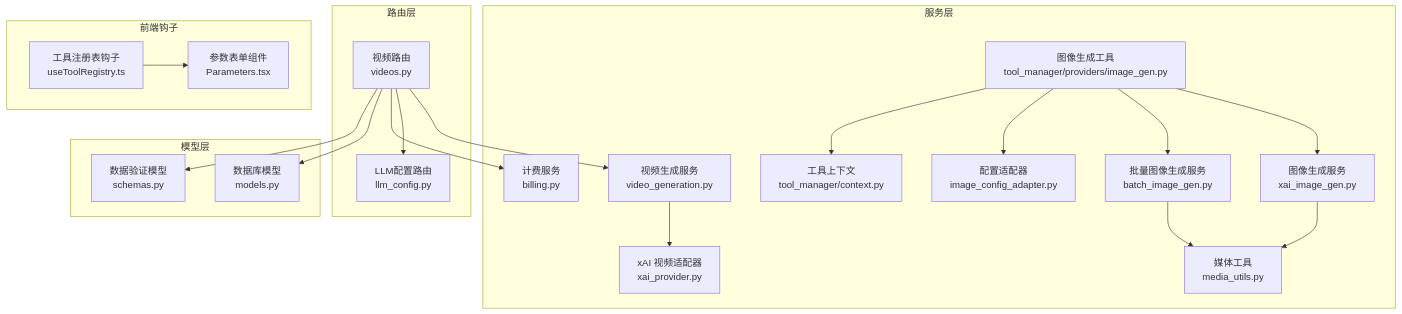
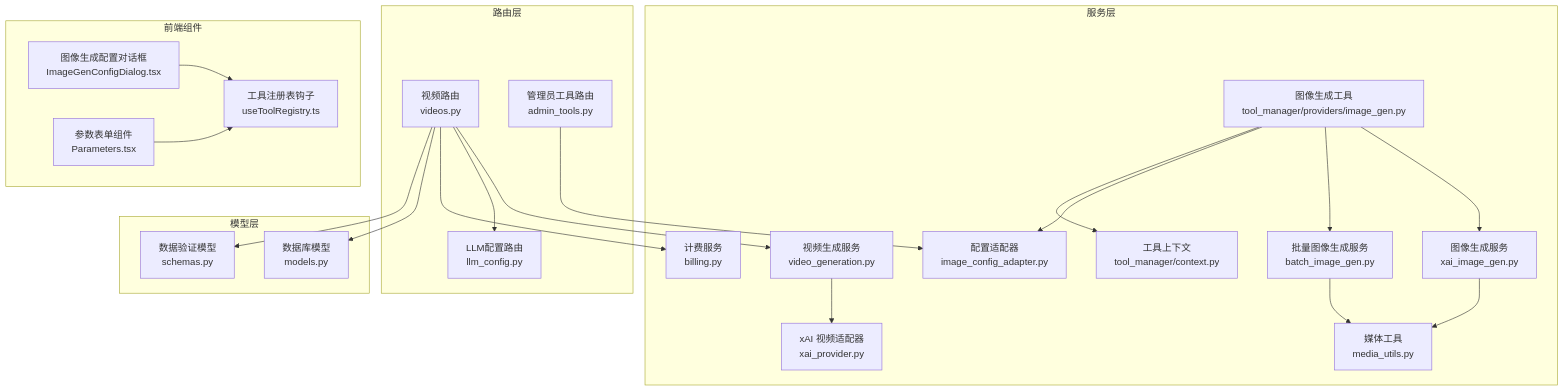
Before and after one commit to KunLabAI/KunFlix: the first of 10 diagrams in .qoder/repowiki/zh/content/后端服务架构/业务服务层/媒体生成服务/图像生成系统.md, drawn with Mermaid. The commit also changed other lines of this file and 24 other files, not shown here.

````diff
--- a/.qoder/repowiki/zh/content/后端服务架构/业务服务层/媒体生成服务/图像生成系统.md
+++ b/.qoder/repowiki/zh/content/后端服务架构/业务服务层/媒体生成服务/图像生成系统.md
@@ -54,39 +58,43 @@
 ```mermaid
 graph TB
 subgraph "服务层"
 S1["图像生成服务<br/>xai_image_gen.py"]
 S2["批量图像生成服务<br/>batch_image_gen.py"]
 S3["图像生成工具<br/>tool_manager/providers/image_gen.py"]
 S4["配置适配器<br/>image_config_adapter.py"]
 S5["媒体工具<br/>media_utils.py"]
 S6["计费服务<br/>billing.py"]
 S7["视频生成服务<br/>video_generation.py"]
 S8["xAI 视频适配器<br/>xai_provider.py"]
 S9["工具上下文<br/>tool_manager/context.py"]
 end
 subgraph "路由层"
 R1["视频路由<br/>videos.py"]
 R2["LLM配置路由<br/>llm_config.py"]
+R3["管理员工具路由<br/>admin_tools.py"]
 end
-subgraph "前端钩子"
-F1["工具注册表钩子<br/>useToolRegistry.ts"]
-F2["参数表单组件<br/>Parameters.tsx"]
+subgraph "前端组件"
+F1["图像生成配置对话框<br/>ImageGenConfigDialog.tsx"]
+F2["工具注册表钩子<br/>useToolRegistry.ts"]
+F3["参数表单组件<br/>Parameters.tsx"]
 end
 subgraph "模型层"
 M1["数据库模型<br/>models.py"]
 M2["数据验证模型<br/>schemas.py"]
 end
 R1 --> S7
 R1 --> R2
+R3 --> S4
 S7 --> S8
 S3 --> S1
 S3 --> S2
 S3 --> S4
 S3 --> S9
 S1 --> S5
 S2 --> S5
 R1 --> S6
 R1 --> M1
 R1 --> M2
 F1 --> F2
+F3 --> F2
 ```
````
